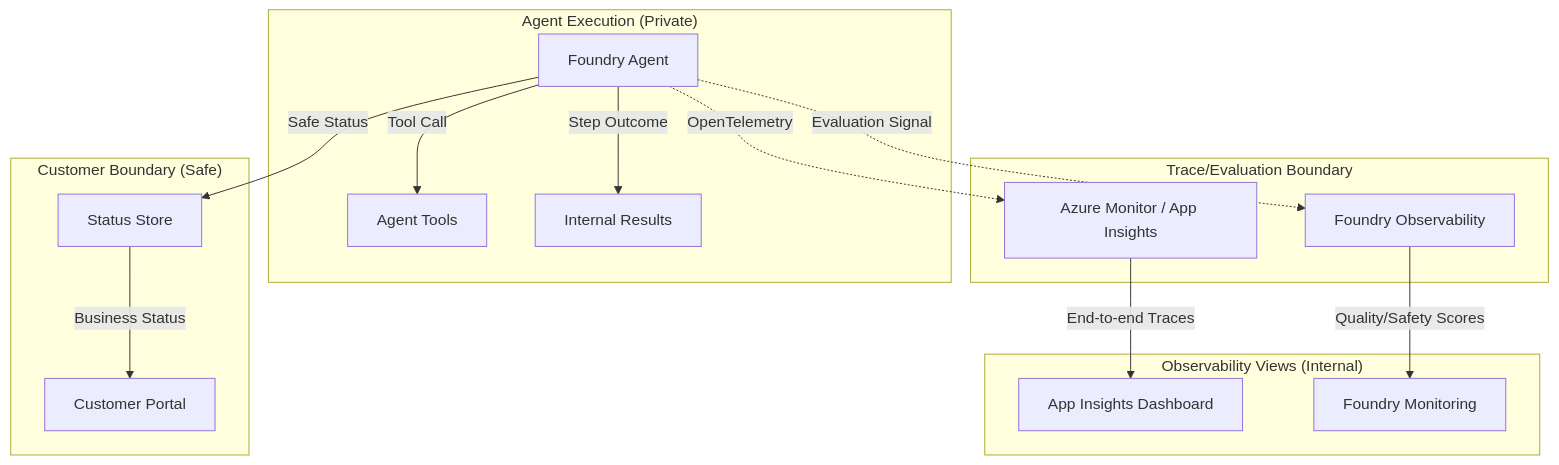
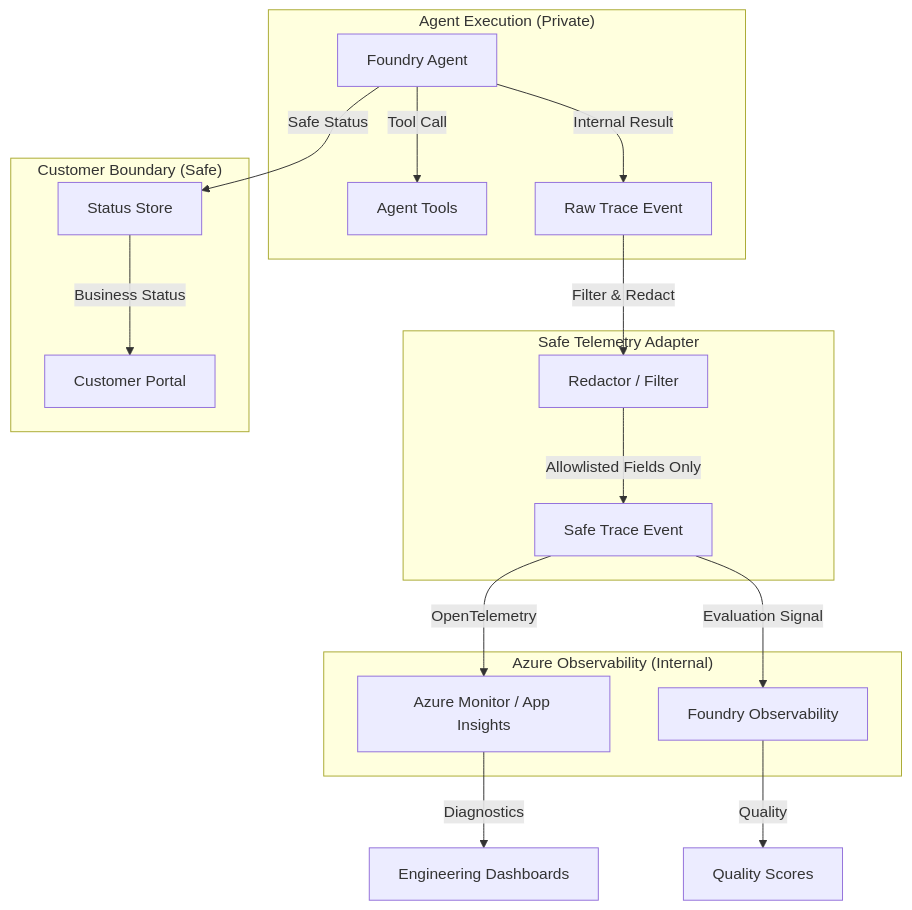
The diagram in building-blocks/observability/agent-evaluation-observability/README.md (wildersa/azure_ref_kit), drawn with Mermaid before and after one commit. The commit also changed other lines of this file and 5 other files, not shown here.

First line of the commit message:
Add minimal agent evaluation and observability reference (#214)

````diff
--- a/building-blocks/observability/agent-evaluation-observability/README.md
+++ b/building-blocks/observability/agent-evaluation-observability/README.md
@@ -13,22 +13,25 @@
 ```mermaid
 flowchart TD
     subgraph "Agent Execution (Private)"
         A[Foundry Agent] -->|Tool Call| T[Agent Tools]
-        A -->|Step Outcome| R[Internal Results]
+        A -->|Internal Result| R[Raw Trace Event]
     end
 
-    subgraph "Trace/Evaluation Boundary"
-        A -.->|OpenTelemetry| O[Azure Monitor / App Insights]
-        A -.->|Evaluation Signal| F[Foundry Observability]
+    subgraph "Safe Telemetry Adapter"
+        R -->|Filter & Redact| SA[Redactor / Filter]
+        SA -->|Allowlisted Fields Only| ST[Safe Trace Event]
     end
 
-    subgraph "Observability Views (Internal)"
-        O -->|End-to-end Traces| D1[App Insights Dashboard]
-        F -->|Quality/Safety Scores| D2[Foundry Monitoring]
+    subgraph "Azure Observability (Internal)"
+        ST -->|OpenTelemetry| O[Azure Monitor / App Insights]
+        ST -->|Evaluation Signal| F[Foundry Observability]
     end
 
     subgraph "Customer Boundary (Safe)"
         A -->|Safe Status| S[Status Store]
         S -->|Business Status| P[Customer Portal]
     end
+
+    O -->|Diagnostics| D[Engineering Dashboards]
+    F -->|Quality| Q[Quality Scores]
 ```
````
